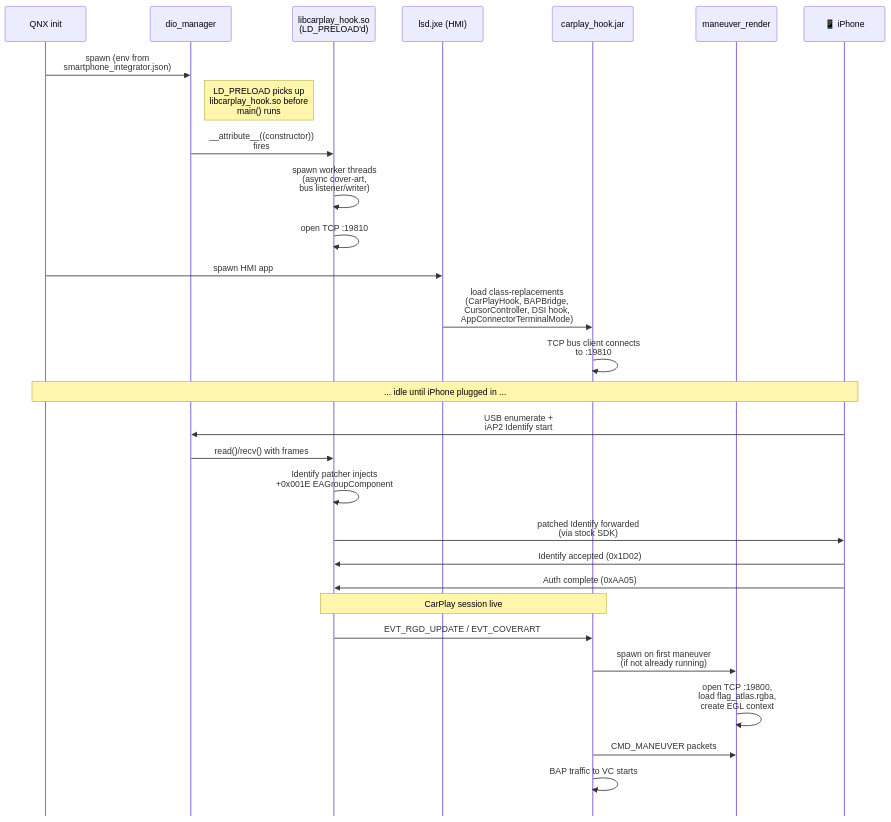
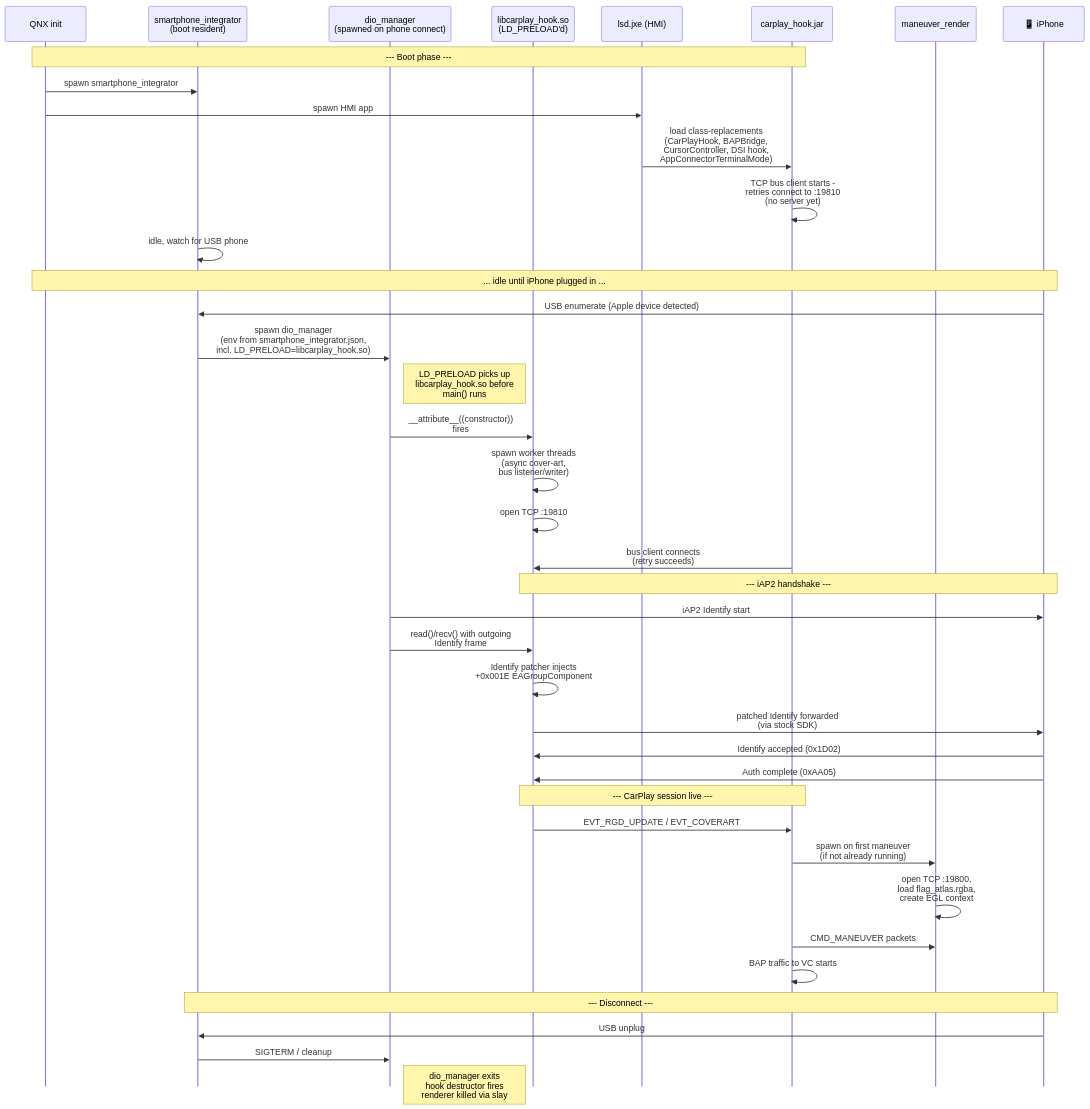
The eighth of 9 diagrams in README.md (luka-dev/mib2q-carplay-rgi), drawn with Mermaid before and after one commit. The commit also changed other lines of this file and 4 other files, not shown here.

````diff
--- a/README.md
+++ b/README.md
@@ -655,38 +662,50 @@
 ```mermaid
 %%{init: {'sequence': {'mirrorActors': false}}}%%
 sequenceDiagram
     participant qnx as QNX init
-    participant dio as dio_manager
+    participant si as smartphone_integrator<br/>(boot resident)
+    participant dio as dio_manager<br/>(spawned on phone connect)
     participant hook as libcarplay_hook.so<br/>(LD_PRELOAD'd)
     participant lsd as lsd.jxe (HMI)
     participant jar as carplay_hook.jar
     participant rend as maneuver_render
     participant ios as 📱 iPhone
 
-    qnx->>dio: spawn (env from<br/>smartphone_integrator.json)
+    Note over qnx,jar: --- Boot phase ---
+    qnx->>si: spawn smartphone_integrator
+    qnx->>lsd: spawn HMI app
+    lsd->>jar: load class-replacements<br/>(CarPlayHook, BAPBridge,<br/>CursorController, DSI hook,<br/>AppConnectorTerminalMode)
+    jar->>jar: TCP bus client starts -<br/>retries connect to :19810<br/>(no server yet)
+    si->>si: idle, watch for USB phone
+
+    Note over qnx,ios: ... idle until iPhone plugged in ...
+
+    ios->>si: USB enumerate (Apple device detected)
+    si->>dio: spawn dio_manager<br/>(env from smartphone_integrator.json,<br/>incl. LD_PRELOAD=libcarplay_hook.so)
     Note right of dio: LD_PRELOAD picks up<br/>libcarplay_hook.so before<br/>main() runs
     dio->>hook: __attribute__((constructor))<br/>fires
     hook->>hook: spawn worker threads<br/>(async cover-art,<br/>bus listener/writer)
     hook->>hook: open TCP :19810
+    jar->>hook: bus client connects<br/>(retry succeeds)
 
-    qnx->>lsd: spawn HMI app
-    lsd->>jar: load class-replacements<br/>(CarPlayHook, BAPBridge,<br/>CursorController, DSI hook,<br/>AppConnectorTerminalMode)
-    jar->>jar: TCP bus client connects<br/>to :19810
-
-    Note over qnx,ios: ... idle until iPhone plugged in ...
-
-    ios->>dio: USB enumerate +<br/>iAP2 Identify start
-    dio->>hook: read()/recv() with frames
+    Note over hook,ios: --- iAP2 handshake ---
+    dio->>ios: iAP2 Identify start
+    dio->>hook: read()/recv() with outgoing<br/>Identify frame
     hook->>hook: Identify patcher injects<br/>+0x001E EAGroupComponent
     hook->>ios: patched Identify forwarded<br/>(via stock SDK)
     ios->>hook: Identify accepted (0x1D02)
     ios->>hook: Auth complete (0xAA05)
 
-    Note over hook,jar: CarPlay session live
+    Note over hook,jar: --- CarPlay session live ---
 
     hook->>jar: EVT_RGD_UPDATE / EVT_COVERART
     jar->>rend: spawn on first maneuver<br/>(if not already running)
     rend->>rend: open TCP :19800,<br/>load flag_atlas.rgba,<br/>create EGL context
     jar->>rend: CMD_MANEUVER packets
     jar->>jar: BAP traffic to VC starts
+
+    Note over si,ios: --- Disconnect ---
+    ios->>si: USB unplug
+    si->>dio: SIGTERM / cleanup
+    Note right of dio: dio_manager exits<br/>hook destructor fires<br/>renderer killed via slay
 ```
````
